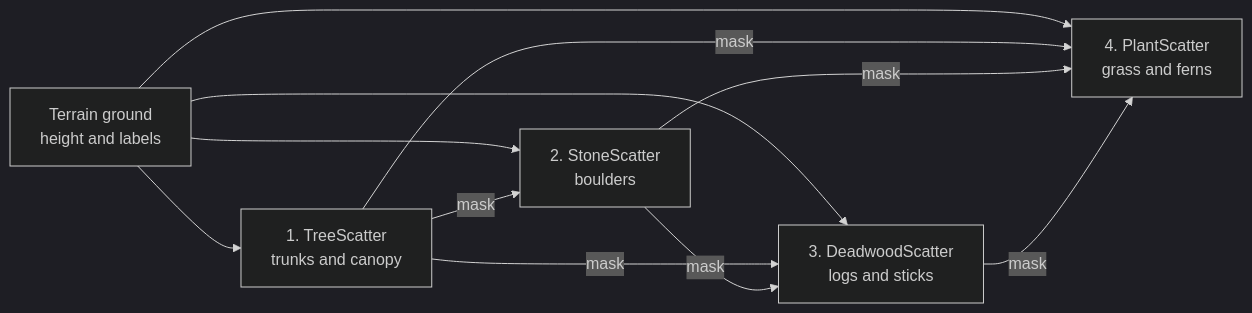
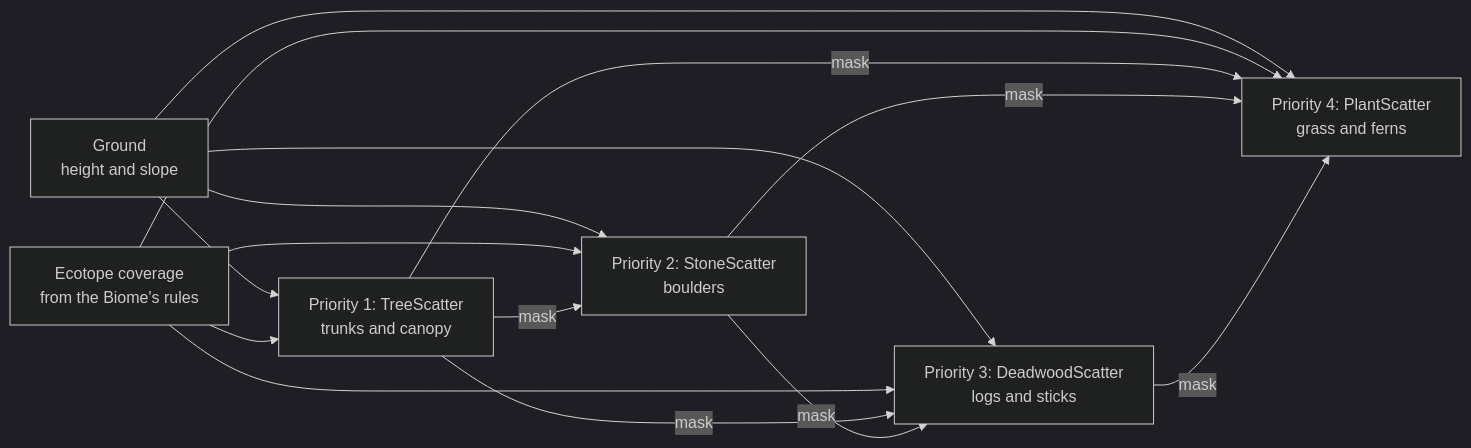
One commit to phayes/procgena changed the second of 2 diagrams in ARCHITECTURE.md. Above: the diagram before and after it, drawn with Mermaid (dark theme). The commit also changed other lines of this file, not shown here.

Commit message:
Architecture doc is now in place

````diff
--- a/ARCHITECTURE.md
+++ b/ARCHITECTURE.md
@@ -91,19 +127,24 @@
 ```mermaid
 flowchart LR
-    Ground["Terrain ground<br/>height and labels"]
-    S1["1. TreeScatter<br/>trunks and canopy"]
-    S2["2. StoneScatter<br/>boulders"]
-    S3["3. DeadwoodScatter<br/>logs and sticks"]
-    S4["4. PlantScatter<br/>grass and ferns"]
+    Ground["Ground<br/>height and slope"]
+    Coverage["Ecotope coverage<br/>from the Biome's rules"]
+    S1["Priority 1: TreeScatter<br/>trunks and canopy"]
+    S2["Priority 2: StoneScatter<br/>boulders"]
+    S3["Priority 3: DeadwoodScatter<br/>logs and sticks"]
+    S4["Priority 4: PlantScatter<br/>grass and ferns"]
 
     Ground --> S1
     Ground --> S2
     Ground --> S3
     Ground --> S4
+    Coverage --> S1
+    Coverage --> S2
+    Coverage --> S3
+    Coverage --> S4
     S1 -->|"mask"| S2
     S1 -->|"mask"| S3
     S1 -->|"mask"| S4
     S2 -->|"mask"| S3
     S2 -->|"mask"| S4
     S3 -->|"mask"| S4
 ```
````
